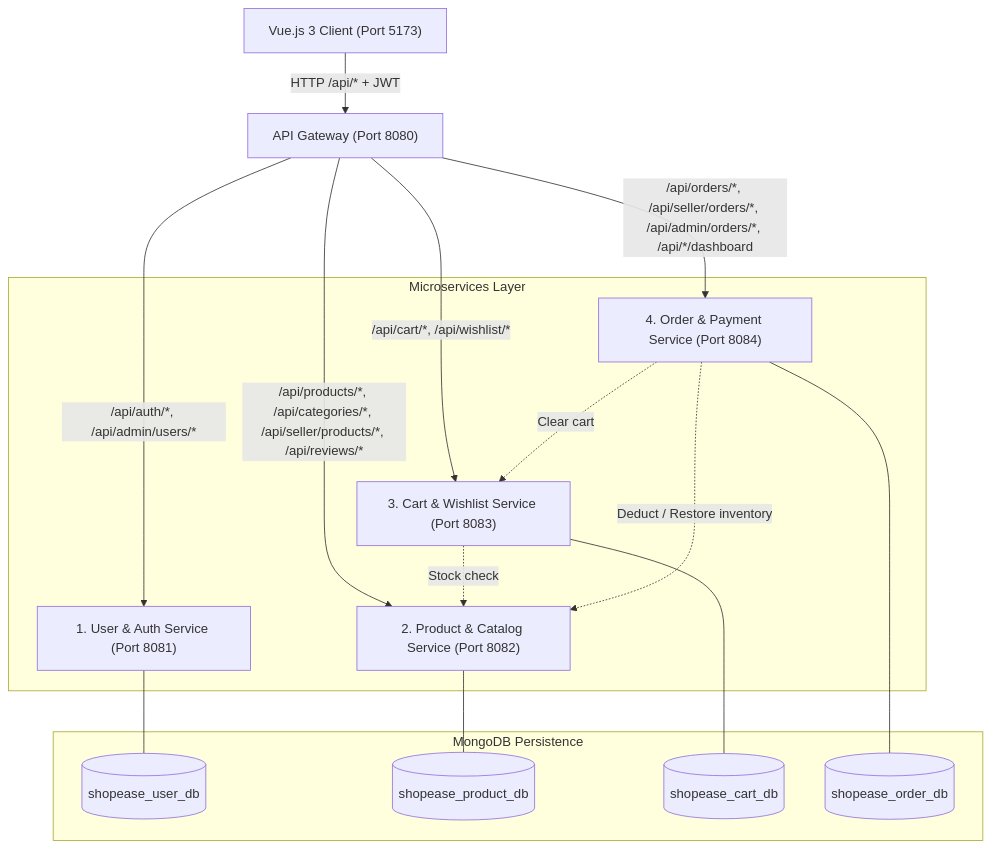
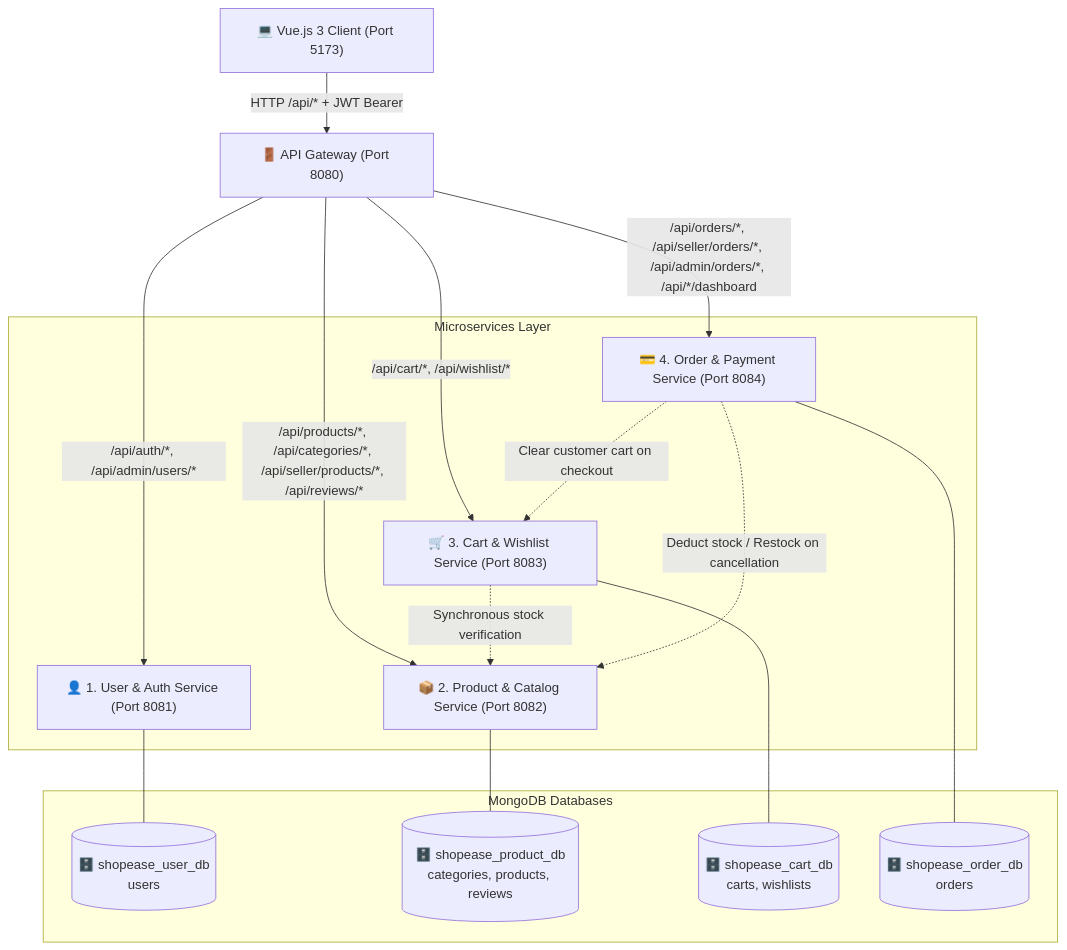
Before and after one commit to VishnuVineeth14/ShopEase-ECommerce-Platform: the first of 2 diagrams in README.md, drawn with Mermaid. The commit also changed other lines of this file, not shown here.

````diff
--- a/README.md
+++ b/README.md
@@ -50,34 +59,34 @@
 ```mermaid
 graph TD
-    Client["Vue.js 3 Client (Port 5173)"]
-    Gateway["API Gateway (Port 8080)"]
+    Client["💻 Vue.js 3 Client (Port 5173)"]
+    Gateway["🚪 API Gateway (Port 8080)"]
 
-    subgraph Microservices Layer
-        US["1. User & Auth Service (Port 8081)"]
-        PS["2. Product & Catalog Service (Port 8082)"]
-        CS["3. Cart & Wishlist Service (Port 8083)"]
-        OS["4. Order & Payment Service (Port 8084)"]
+    subgraph "Microservices Layer"
+        US["👤 1. User & Auth Service (Port 8081)"]
+        PS["📦 2. Product & Catalog Service (Port 8082)"]
+        CS["🛒 3. Cart & Wishlist Service (Port 8083)"]
+        OS["💳 4. Order & Payment Service (Port 8084)"]
     end
 
-    subgraph MongoDB Persistence
-        DB_U[("shopease_user_db")]
-        DB_P[("shopease_product_db")]
-        DB_C[("shopease_cart_db")]
-        DB_O[("shopease_order_db")]
+    subgraph "MongoDB Databases"
+        DB_U[("🗄️ shopease_user_db<br/>users")]
+        DB_P[("🗄️ shopease_product_db<br/>categories, products, reviews")]
+        DB_C[("🗄️ shopease_cart_db<br/>carts, wishlists")]
+        DB_O[("🗄️ shopease_order_db<br/>orders")]
     end
 
-    Client -->|HTTP /api/* + JWT| Gateway
+    Client -->|HTTP /api/* + JWT Bearer| Gateway
     Gateway -->|/api/auth/*, /api/admin/users/*| US
     Gateway -->|/api/products/*, /api/categories/*, /api/seller/products/*, /api/reviews/*| PS
     Gateway -->|/api/cart/*, /api/wishlist/*| CS
     Gateway -->|/api/orders/*, /api/seller/orders/*, /api/admin/orders/*, /api/*/dashboard| OS
 
     US --- DB_U
     PS --- DB_P
     CS --- DB_C
     OS --- DB_O
 
-    CS -.->|Stock check| PS
-    OS -.->|Clear cart| CS
-    OS -.->|Deduct / Restore inventory| PS
+    CS -.->|Synchronous stock verification| PS
+    OS -.->|Clear customer cart on checkout| CS
+    OS -.->|Deduct stock / Restock on cancellation| PS
 ```
````
